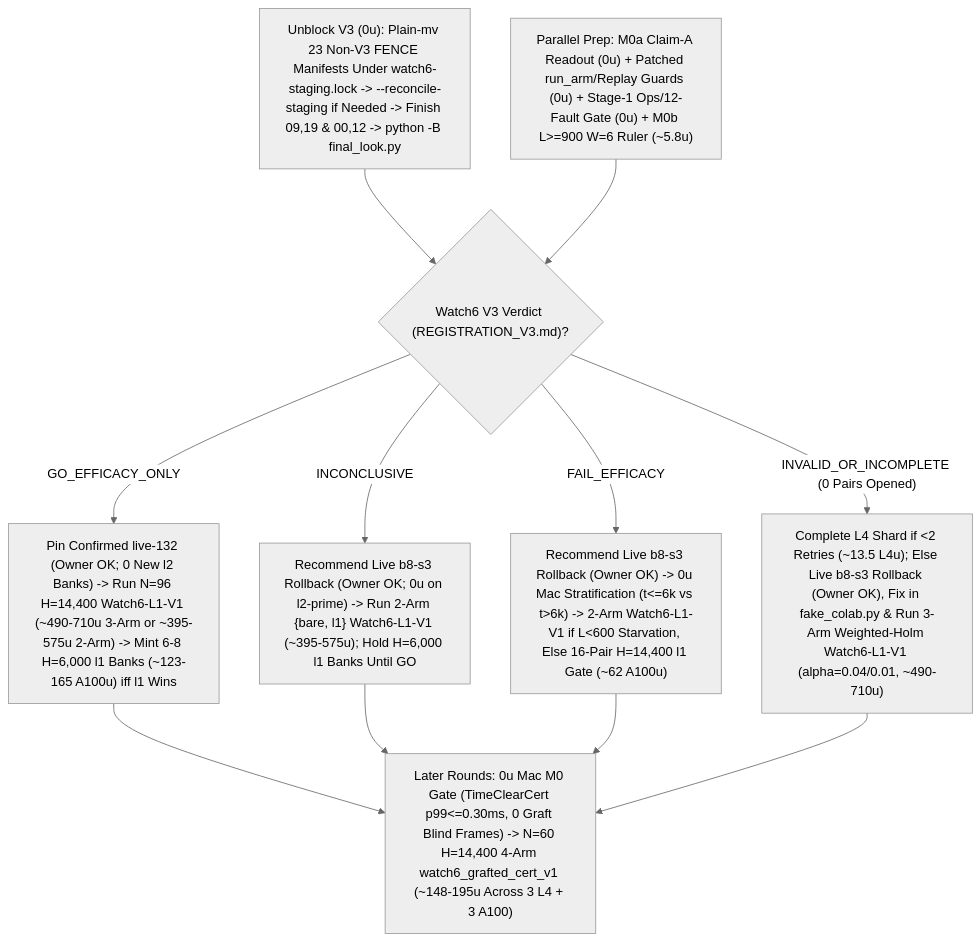
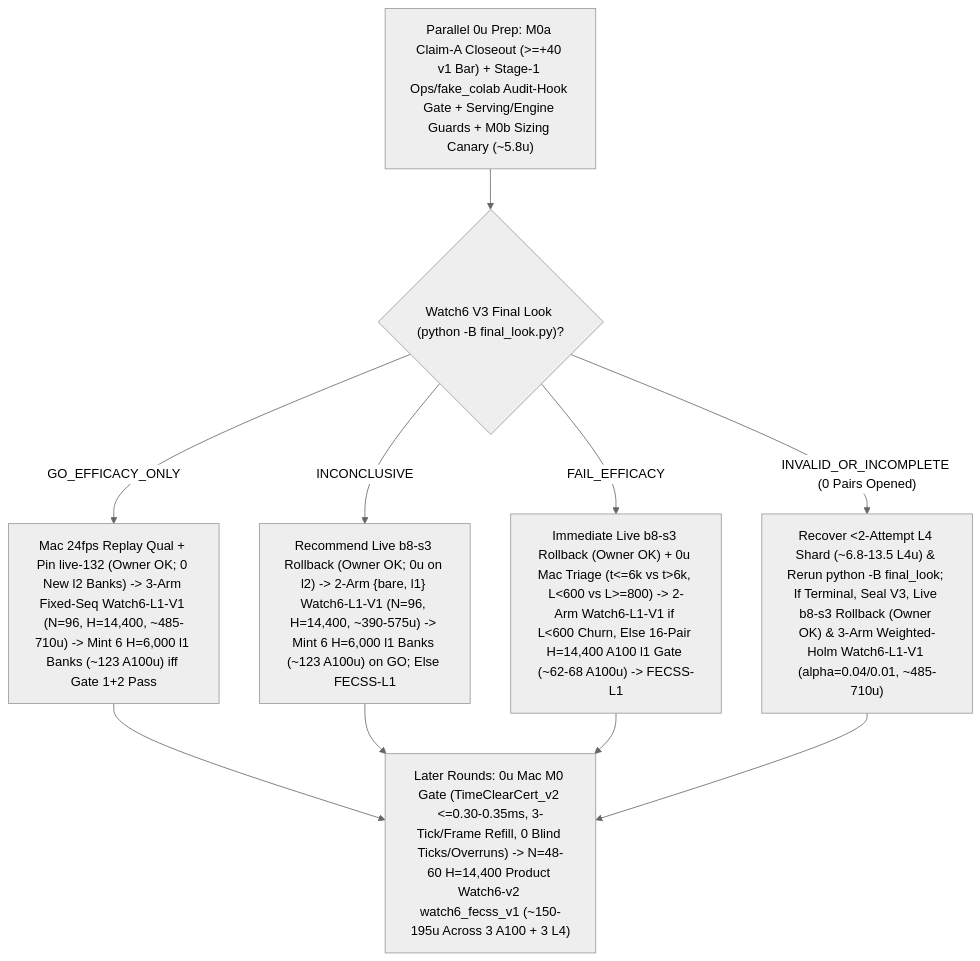
The diagram in docs/research/ROADMAP.md (josenunezwork/snake-dqn), drawn with Mermaid (neutral theme) before and after one commit. The commit also changed other lines of this file, not shown here.

Commit message:
docs(roadmap): fold in round-14 synthesis as current and later-round advice

````diff
--- a/docs/research/ROADMAP.md
+++ b/docs/research/ROADMAP.md
@@ -100,13 +102,12 @@
 ```mermaid
 flowchart TD
-    FENCE["Unblock V3 (0u): Plain-mv 23 Non-V3 FENCE Manifests Under watch6-staging.lock -> --reconcile-staging if Needed -> Finish 09,19 & 00,12 -> python -B final_look.py"] --> V3{"Watch6 V3 Verdict (REGISTRATION_V3.md)?"}
-    PAR["Parallel Prep: M0a Claim-A Readout (0u) + Patched run_arm/Replay Guards (0u) + Stage-1 Ops/12-Fault Gate (0u) + M0b L>=900 W=6 Ruler (~5.8u)"] --> V3
-    V3 -- "GO_EFFICACY_ONLY" --> GO["Pin Confirmed live-132 (Owner OK; 0 New l2 Banks) -> Run N=96 H=14,400 Watch6-L1-V1 (~490-710u 3-Arm or ~395-575u 2-Arm) -> Mint 6-8 H=6,000 l1 Banks (~123-165 A100u) iff l1 Wins"]
-    V3 -- "INCONCLUSIVE" --> INC["Recommend Live b8-s3 Rollback (Owner OK; 0u on l2-prime) -> Run 2-Arm {bare, l1} Watch6-L1-V1 (~395-575u); Hold H=6,000 l1 Banks Until GO"]
-    V3 -- "FAIL_EFFICACY" --> FAIL["Recommend Live b8-s3 Rollback (Owner OK) -> 0u Mac Stratification (t<=6k vs t>6k) -> 2-Arm Watch6-L1-V1 if L<600 Starvation, Else 16-Pair H=14,400 l1 Gate (~62 A100u)"]
-    V3 -- "INVALID_OR_INCOMPLETE (0 Pairs Opened)" --> INV["Complete L4 Shard if <2 Retries (~13.5 L4u); Else Live b8-s3 Rollback (Owner OK), Fix in fake_colab.py & Run 3-Arm Weighted-Holm Watch6-L1-V1 (alpha=0.04/0.01, ~490-710u)"]
-    GO --> LATER["Later Rounds: 0u Mac M0 Gate (TimeClearCert p99<=0.30ms, 0 Graft Blind Frames) -> N=60 H=14,400 4-Arm watch6_grafted_cert_v1 (~148-195u Across 3 L4 + 3 A100)"]
+    PREP["Parallel 0u Prep: M0a Claim-A Closeout (>=+40 v1 Bar) + Stage-1 Ops/fake_colab Audit-Hook Gate + Serving/Engine Guards + M0b Sizing Canary (~5.8u)"] --> V3{"Watch6 V3 Final Look (python -B final_look.py)?"}
+    V3 -- "GO_EFFICACY_ONLY" --> GO["Mac 24fps Replay Qual + Pin live-132 (Owner OK; 0 New l2 Banks) -> 3-Arm Fixed-Seq Watch6-L1-V1 (N=96, H=14,400, ~485-710u) -> Mint 6 H=6,000 l1 Banks (~123 A100u) iff Gate 1+2 Pass"]
+    V3 -- "INCONCLUSIVE" --> INC["Recommend Live b8-s3 Rollback (Owner OK; 0u on l2) -> 2-Arm {bare, l1} Watch6-L1-V1 (N=96, H=14,400, ~390-575u) -> Mint 6 H=6,000 l1 Banks (~123 A100u) on GO; Else FECSS-L1"]
+    V3 -- "FAIL_EFFICACY" --> FAIL["Immediate Live b8-s3 Rollback (Owner OK) + 0u Mac Triage (t<=6k vs t>6k, L<600 vs L>=800) -> 2-Arm Watch6-L1-V1 if L<600 Churn, Else 16-Pair H=14,400 A100 l1 Gate (~62-68 A100u) -> FECSS-L1"]
+    V3 -- "INVALID_OR_INCOMPLETE (0 Pairs Opened)" --> INV["Recover <2-Attempt L4 Shard (~6.8-13.5 L4u) & Rerun python -B final_look; If Terminal, Seal V3, Live b8-s3 Rollback (Owner OK) & 3-Arm Weighted-Holm Watch6-L1-V1 (alpha=0.04/0.01, ~485-710u)"]
+    GO --> LATER["Later Rounds: 0u Mac M0 Gate (TimeClearCert_v2 <=0.30-0.35ms, 3-Tick/Frame Refill, 0 Blind Ticks/Overruns) -> N=48-60 H=14,400 Product Watch6-v2 watch6_fecss_v1 (~150-195u Across 3 A100 + 3 L4)"]
     INC --> LATER
     FAIL --> LATER
     INV --> LATER
 ```
````
